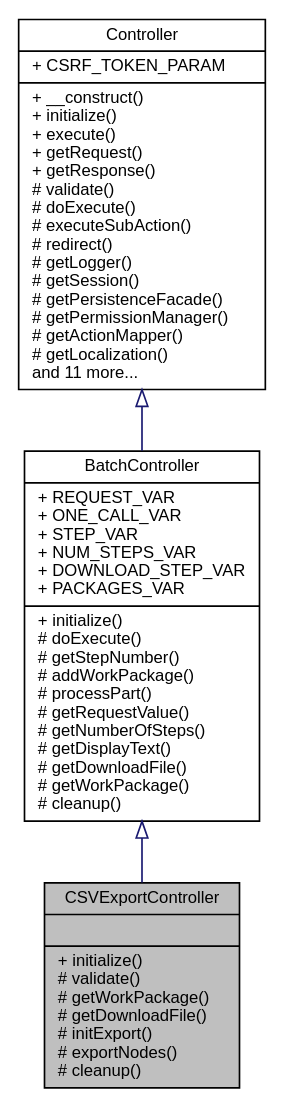
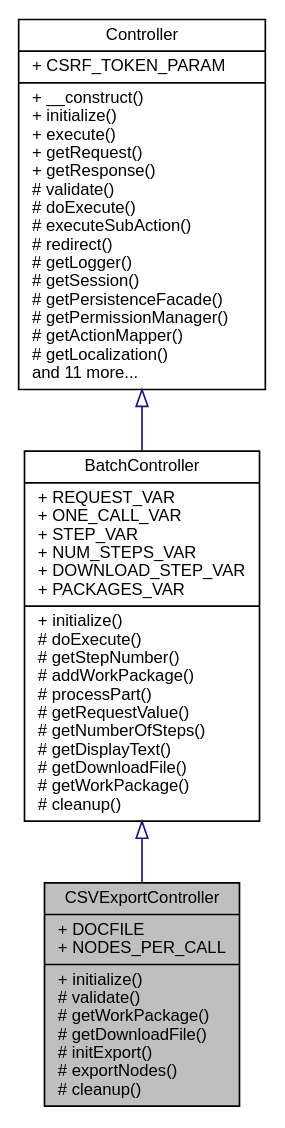
The diagram in classwcmf_1_1application_1_1controller_1_1_c_s_v_export_controller__inherit__graph.dot (eherwig/wcmf), drawn with Graphviz before and after one commit. The commit also changed 1044 other files, not shown here.

```diff
--- a/classwcmf_1_1application_1_1controller_1_1_c_s_v_export_controller__inherit__graph.dot
+++ b/classwcmf_1_1application_1_1controller_1_1_c_s_v_export_controller__inherit__graph.dot
@@ -1,10 +1,10 @@
 digraph "CSVExportController"
 {
   edge [fontname="Helvetica",fontsize="10",labelfontname="Helvetica",labelfontsize="10"];
   node [fontname="Helvetica",fontsize="10",shape=record];
-  Node0 [label="{CSVExportController\n||+ initialize()\l# validate()\l# getWorkPackage()\l# getDownloadFile()\l# initExport()\l# exportNodes()\l# cleanup()\l}",height=0.2,width=0.4,color="black", fillcolor="grey75", style="filled", fontcolor="black"];
+  Node0 [label="{CSVExportController\n|+ DOCFILE\l+ NODES_PER_CALL\l|+ initialize()\l# validate()\l# getWorkPackage()\l# getDownloadFile()\l# initExport()\l# exportNodes()\l# cleanup()\l}",height=0.2,width=0.4,color="black", fillcolor="grey75", style="filled", fontcolor="black"];
   Node1 -> Node0 [dir="back",color="midnightblue",fontsize="10",style="solid",arrowtail="onormal",fontname="Helvetica"];
   Node1 [label="{BatchController\n|+ REQUEST_VAR\l+ ONE_CALL_VAR\l+ STEP_VAR\l+ NUM_STEPS_VAR\l+ DOWNLOAD_STEP_VAR\l+ PACKAGES_VAR\l|+ initialize()\l# doExecute()\l# getStepNumber()\l# addWorkPackage()\l# processPart()\l# getRequestValue()\l# getNumberOfSteps()\l# getDisplayText()\l# getDownloadFile()\l# getWorkPackage()\l# cleanup()\l}",height=0.2,width=0.4,color="black", fillcolor="white", style="filled",URL="$classwcmf_1_1application_1_1controller_1_1_batch_controller.html",tooltip="BatchController is used to process complex, longer running actions, that need to be divided into seve..."];
   Node2 -> Node1 [dir="back",color="midnightblue",fontsize="10",style="solid",arrowtail="onormal",fontname="Helvetica"];
   Node2 [label="{Controller\n|+ CSRF_TOKEN_PARAM\l|+ __construct()\l+ initialize()\l+ execute()\l+ getRequest()\l+ getResponse()\l# validate()\l# doExecute()\l# executeSubAction()\l# redirect()\l# getLogger()\l# getSession()\l# getPersistenceFacade()\l# getPermissionManager()\l# getActionMapper()\l# getLocalization()\land 11 more...\l}",height=0.2,width=0.4,color="black", fillcolor="white", style="filled",URL="$classwcmf_1_1lib_1_1presentation_1_1_controller.html",tooltip="Controller is the base class of all controllers. "];
 }
```
